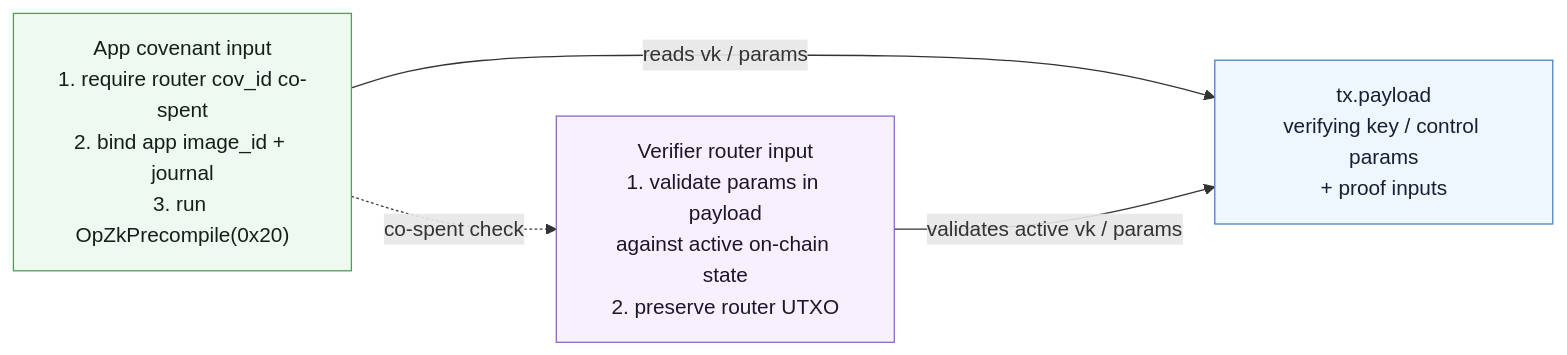
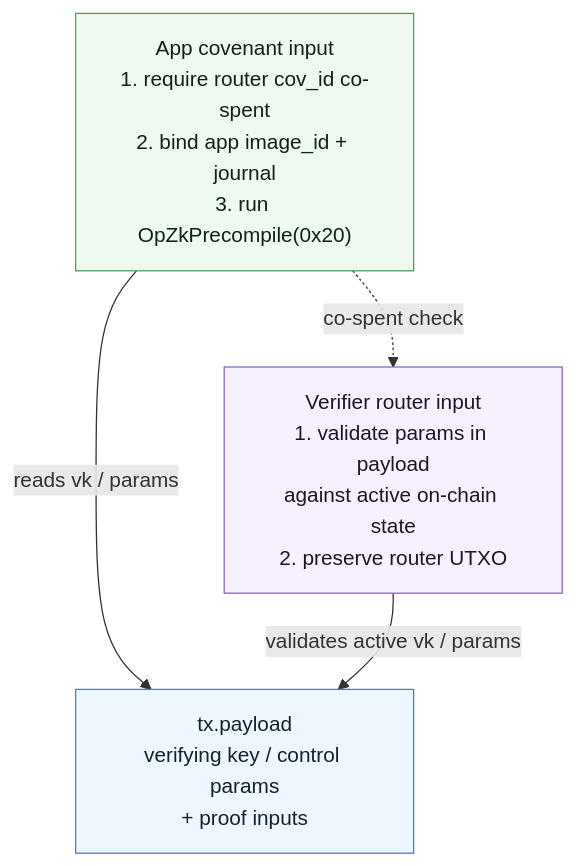
Before and after one commit to kaspanet/docs: the second of 2 diagrams in content/docs/programmability/composability.mdx, drawn with Mermaid. The commit also changed other lines of this file and 1 other file, not shown here.

Commit message:
Polish ICC snippets, Diagram 2 layout, and PatternSnippet badge specificity

````diff
--- a/content/docs/programmability/composability.mdx
+++ b/content/docs/programmability/composability.mdx
@@ -331,14 +346,14 @@
 ```mermaid
-flowchart LR
+flowchart TB
     classDef app fill:#eef9ef,stroke:#4d9f5b,color:#132016
     classDef router fill:#f7f1ff,stroke:#8b68ca,color:#1d162b
     classDef pl fill:#eef6ff,stroke:#4b82c3,color:#172033
 
     APP["App covenant input<br/>1. require router cov_id co-spent<br/>2. bind app image_id + journal<br/>3. run OpZkPrecompile(0x20)"]:::app
     PL["tx.payload<br/>verifying key / control params<br/>+ proof inputs"]:::pl
     RTR["Verifier router input<br/>1. validate params in payload<br/>against active on-chain state<br/>2. preserve router UTXO"]:::router
 
     APP -->|"reads vk / params"| PL
     RTR -->|"validates active vk / params"| PL
     APP -. "co-spent check" .-> RTR
 ```
````
